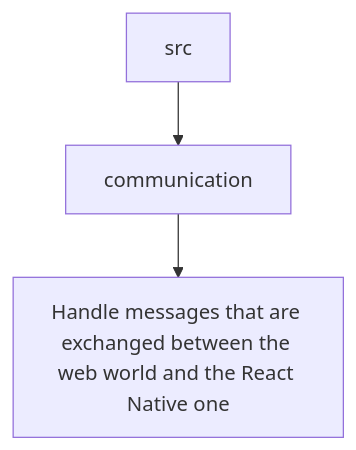
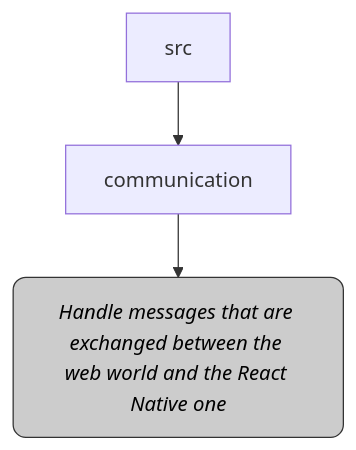
The first of 3 diagrams in docs/developer/index.md (emilienaufauvre/react-native-maplibre-gl-js), drawn with Mermaid before and after one commit. The commit also changed other lines of this file, not shown here.

````diff
--- a/docs/developer/index.md
+++ b/docs/developer/index.md
@@ -57,6 +64,9 @@
 ```mermaid
 graph TD
 A[src] --> B[communication]
 
 B --> B1[Handle messages that are exchanged between the web world and the React Native one]
+
+class B1 descriptionBlock;
+classDef descriptionBlock fill:#CCC,stroke:#333,stroke-width:1px,rx:10,ry:10,color:#000,font-style:italic;
 ```
````
